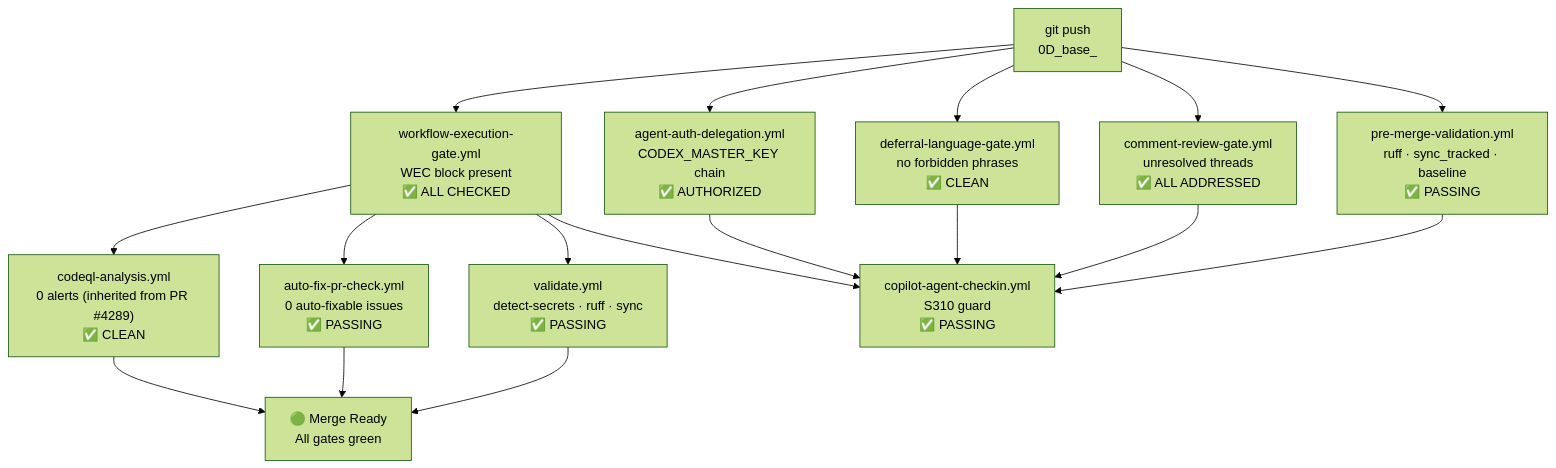
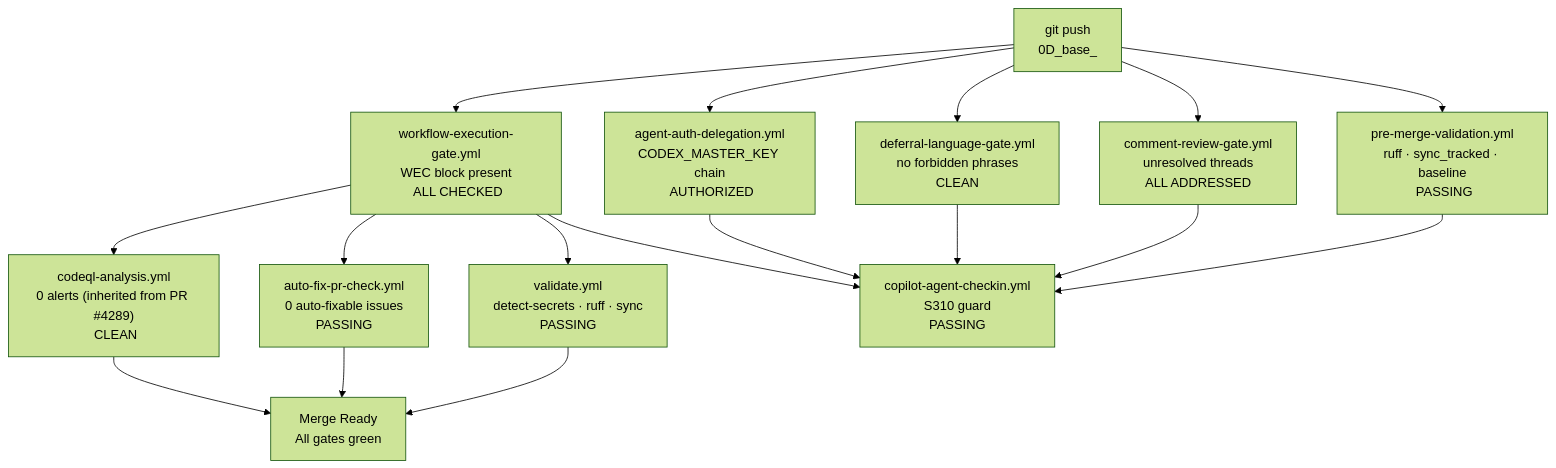
Before and after one commit to Aries-Serpent/_codex_: diagram 23 of 26 in docs/sessions/PR4317_session_diagram.md, drawn with Mermaid (forest theme). The commit also changed other lines of this file and 2029 other files, not shown here.

````diff
--- a/docs/sessions/PR4317_session_diagram.md
+++ b/docs/sessions/PR4317_session_diagram.md
@@ -799,17 +801,17 @@
 ```mermaid
-%%{init: {'accessibility': {'title': 'Flowchart showing "git push\n0D_base_", "pre-merge-validation.yml\nruff · sync_tracked · baseline\n✅ PASSING"'}}%%
+%%{init: {'accessibility': {'title': 'Flowchart showing "git push\n0D_base_", "pre-merge-validation.yml\nruff · sync_tracked · baseline\n PASSING"'}}%%
 flowchart TD
-    PUSH["git push\n0D_base_"] --> PRE["pre-merge-validation.yml\nruff · sync_tracked · baseline\n✅ PASSING"]
-    PUSH --> COMMENT["comment-review-gate.yml\nunresolved threads\n✅ ALL ADDRESSED"]
-    PUSH --> DEFERRAL["deferral-language-gate.yml\nno forbidden phrases\n✅ CLEAN"]
-    PUSH --> AUTH["agent-auth-delegation.yml\nCODEX_MASTER_KEY chain\n✅ AUTHORIZED"]
-    PUSH --> WEC["workflow-execution-gate.yml\nWEC block present\n✅ ALL CHECKED"]
+    PUSH["git push\n0D_base_"] --> PRE["pre-merge-validation.yml\nruff · sync_tracked · baseline\n PASSING"]
+    PUSH --> COMMENT["comment-review-gate.yml\nunresolved threads\n ALL ADDRESSED"]
+    PUSH --> DEFERRAL["deferral-language-gate.yml\nno forbidden phrases\n CLEAN"]
+    PUSH --> AUTH["agent-auth-delegation.yml\nCODEX_MASTER_KEY chain\n AUTHORIZED"]
+    PUSH --> WEC["workflow-execution-gate.yml\nWEC block present\n ALL CHECKED"]
 
-    WEC --> VALIDATE["validate.yml\ndetect-secrets · ruff · sync\n✅ PASSING"]
-    WEC --> AUTOFIX["auto-fix-pr-check.yml\n0 auto-fixable issues\n✅ PASSING"]
-    WEC --> CODEQL["codeql-analysis.yml\n0 alerts (inherited from PR #4289)\n✅ CLEAN"]
+    WEC --> VALIDATE["validate.yml\ndetect-secrets · ruff · sync\n PASSING"]
+    WEC --> AUTOFIX["auto-fix-pr-check.yml\n0 auto-fixable issues\n PASSING"]
+    WEC --> CODEQL["codeql-analysis.yml\n0 alerts (inherited from PR #4289)\n CLEAN"]
 
-    PRE & COMMENT & DEFERRAL & AUTH & WEC --> CHECKIN["copilot-agent-checkin.yml\nS310 guard\n✅ PASSING"]
+    PRE & COMMENT & DEFERRAL & AUTH & WEC --> CHECKIN["copilot-agent-checkin.yml\nS310 guard\n PASSING"]
 
-    VALIDATE & AUTOFIX & CODEQL --> READY["🟢 Merge Ready\nAll gates green"]
+    VALIDATE & AUTOFIX & CODEQL --> READY[" Merge Ready\nAll gates green"]
 ```
````
